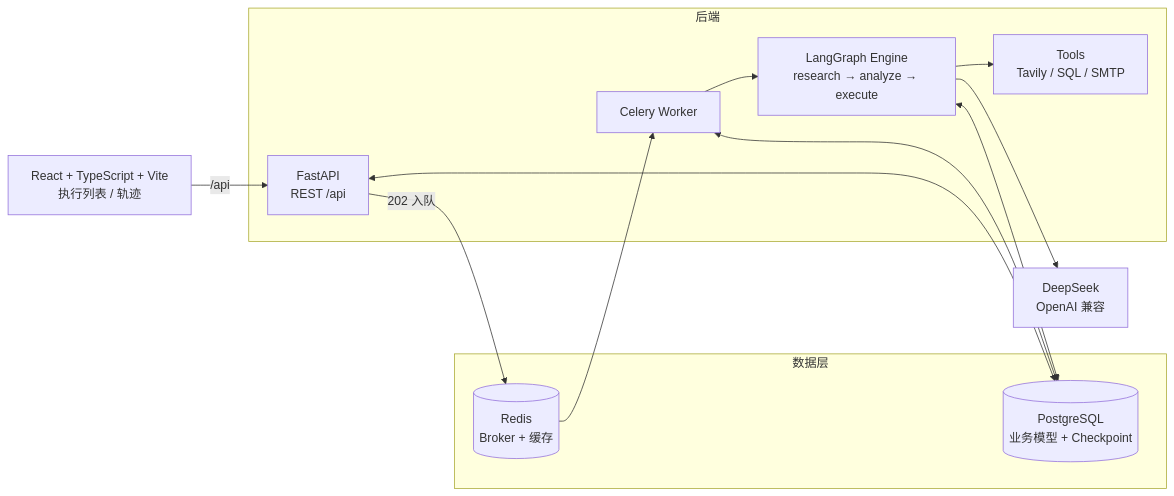
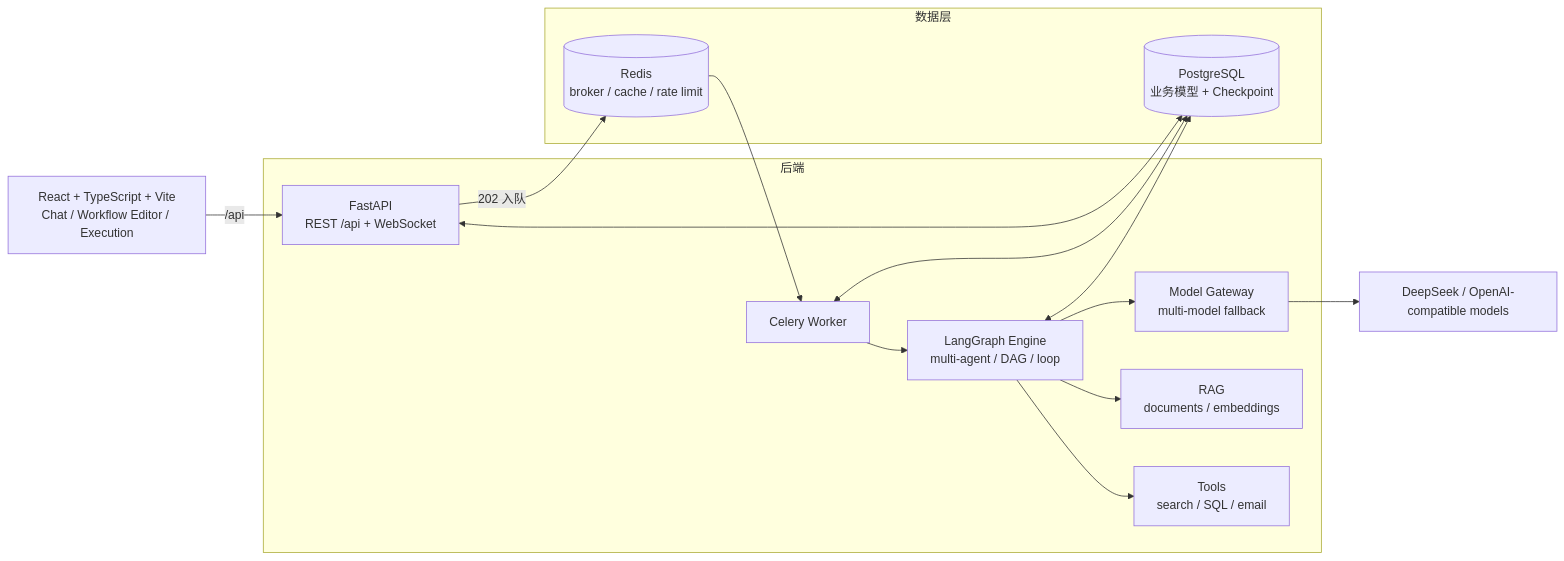
Before and after one commit to weijiakang8-dotcom/Agenthub: the diagram in README.md, drawn with Mermaid. The commit also changed other lines of this file and 1 other file, not shown here.

Commit message:
finalize chat default and refresh README

````diff
--- a/README.md
+++ b/README.md
@@ -17,28 +29,32 @@
 ```mermaid
 flowchart LR
-    Web["React + TypeScript + Vite<br/>执行列表 / 轨迹"]
+    Web["React + TypeScript + Vite<br/>Chat / Workflow Editor / Execution"]
 
     subgraph Backend["后端"]
-        API["FastAPI<br/>REST /api"]
+        API["FastAPI<br/>REST /api + WebSocket"]
         Celery["Celery Worker"]
-        Graph["LangGraph Engine<br/>research → analyze → execute"]
-        Tools["Tools<br/>Tavily / SQL / SMTP"]
+        Graph["LangGraph Engine<br/>multi-agent / DAG / loop"]
+        Gateway["Model Gateway<br/>multi-model fallback"]
+        RAG["RAG<br/>documents / embeddings"]
+        Tools["Tools<br/>search / SQL / email"]
     end
 
     subgraph Data["数据层"]
         PG[("PostgreSQL<br/>业务模型 + Checkpoint")]
-        Redis[("Redis<br/>Broker + 缓存")]
+        Redis[("Redis<br/>broker / cache / rate limit")]
     end
 
-    LLM["DeepSeek<br/>OpenAI 兼容"]
+    LLM["DeepSeek / OpenAI-compatible models"]
 
     Web -->|"/api"| API
     API -->|"202 入队"| Redis
     Redis --> Celery
     Celery --> Graph
-    Graph --> LLM
+    Graph --> Gateway
+    Gateway --> LLM
+    Graph --> RAG
     Graph --> Tools
     Graph <--> PG
     Celery <--> PG
     API <--> PG
 ```
````
